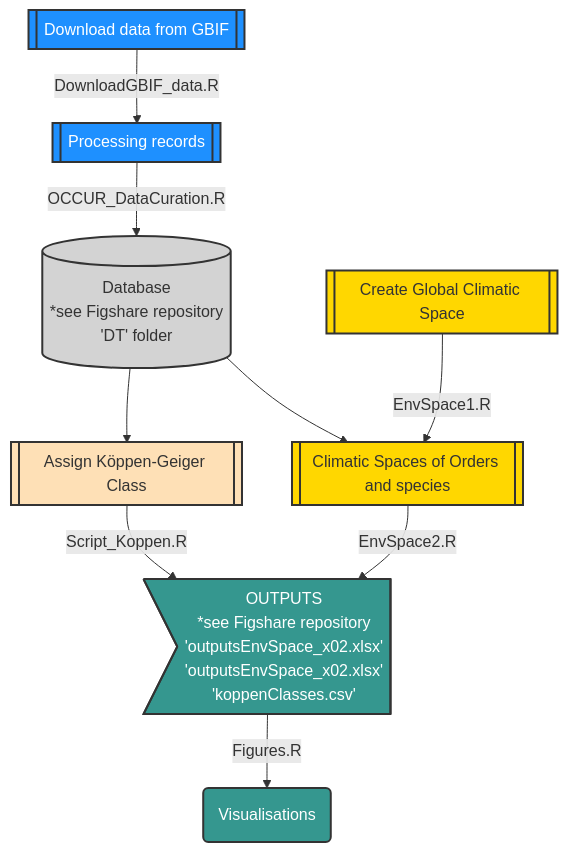
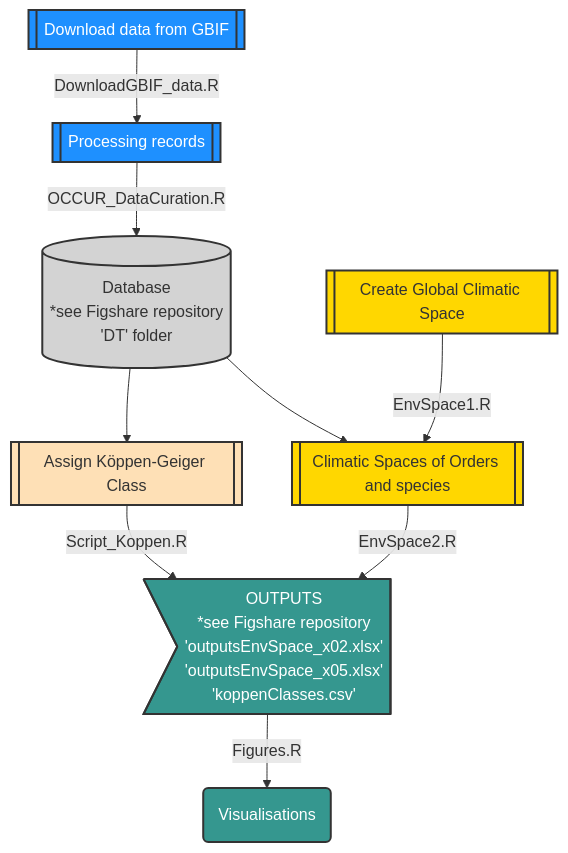
The diagram in README.md (cRonFer/ClimaticSpace), drawn with Mermaid before and after one commit.

````diff
--- a/README.md
+++ b/README.md
@@ -7,20 +7,20 @@
 ```mermaid
 flowchart TD
     A[[Download data from GBIF]] --> |DownloadGBIF_data.R|BB[[Processing records]]
     BB --> |OCCUR_DataCuration.R|C[(Database <br> *see Figshare repository <br> 'DT' folder)]
     AA[[Create Global Climatic Space]] --> |EnvSpace1.R|CC{Climatic Spaces of Orders}
     C --> CC[[Climatic Spaces of Orders and species]]
     C --> D[[Assign Köppen-Geiger Class]]
     D --> |Script_Koppen.R| E(Visualisations)
-    CC --> |EnvSpace2.R|E>OUTPUTS <br> *see Figshare repository <br> 'outputsEnvSpace_x02.xlsx' <br> 'outputsEnvSpace_x02.xlsx' <br> 'koppenClasses.csv']
+    CC --> |EnvSpace2.R|E>OUTPUTS <br> *see Figshare repository <br> 'outputsEnvSpace_x02.xlsx' <br> 'outputsEnvSpace_x05.xlsx' <br> 'koppenClasses.csv']
     E --> |Figures.R|F(Visualisations)
 
   style A fill:dodgerblue, stroke:#333,stroke-width:2px,color:#fff;
   style AA fill:gold, stroke:#333,stroke-width:2px,color:#333;
   style BB fill:dodgerblue, stroke:#333,stroke-width:2px,color:#fff;
   style CC fill:gold, stroke:#333,stroke-width:2px,color:#333;
   style C fill:lightgrey, stroke:#333,stroke-width:2px,color:#333;
   style D fill:#fee0b6, stroke:#333,stroke-width:2px,color:#333;
   style E fill:#35978f, stroke:#333,stroke-width:2px,color:#fff;
   style F fill:#35978f, stroke:#333,stroke-width:2px,color:#fff;
 ```
````
